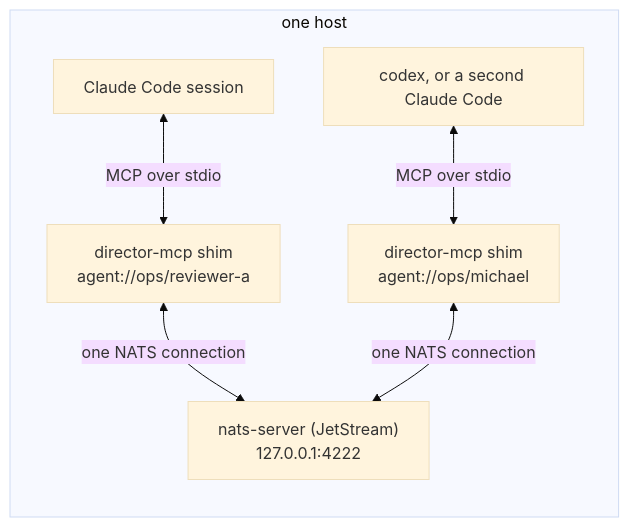
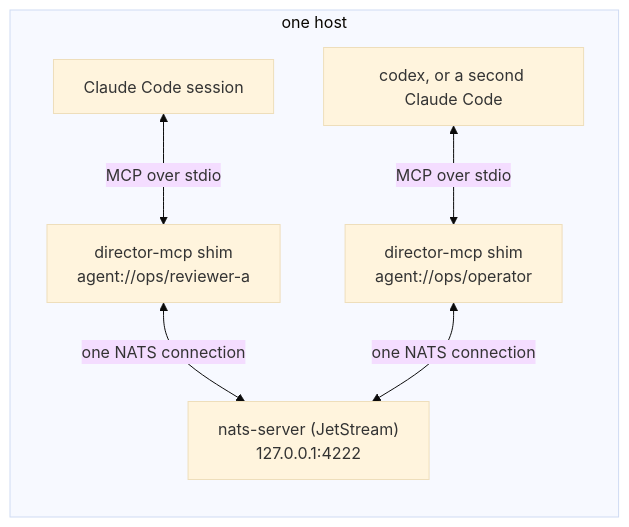
One commit to ArcavenAE/director changed the first of 2 diagrams in docs/getting-started.md. Above: the diagram before and after it, drawn with Mermaid (base theme). The commit also changed other lines of this file and 24 other files, not shown here.

First line of the commit message:
docs(director): use the placeholder agent://ops/operator for the operator identity (#147)

````diff
--- a/docs/getting-started.md
+++ b/docs/getting-started.md
@@ -12,14 +12,14 @@
 ```mermaid
 flowchart LR
   subgraph host["one host"]
     B["nats-server (JetStream)<br/>127.0.0.1:4222"]
     S1["director-mcp shim<br/>agent://ops/reviewer-a"]
-    S2["director-mcp shim<br/>agent://ops/michael"]
+    S2["director-mcp shim<br/>agent://ops/operator"]
     H1["Claude Code session"]
     H2["codex, or a second Claude Code"]
   end
   H1 <-->|"MCP over stdio"| S1
   H2 <-->|"MCP over stdio"| S2
   S1 <-->|"one NATS connection"| B
   S2 <-->|"one NATS connection"| B
 ```
````
